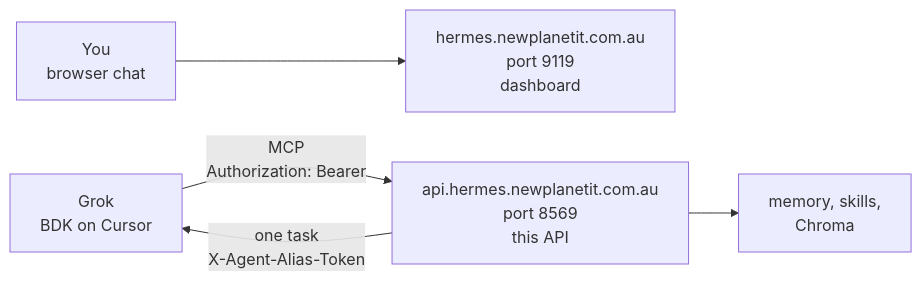
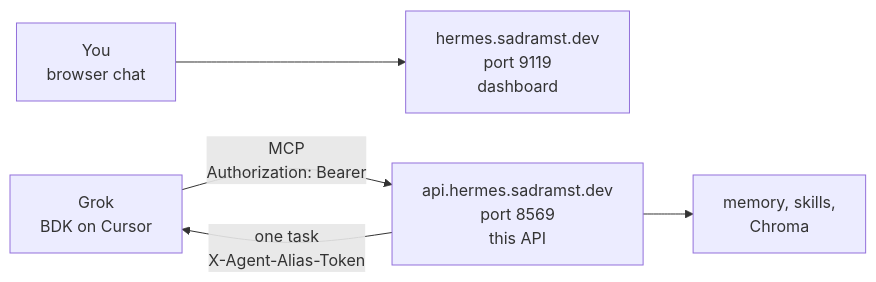
One commit to Sadramst/hermes-agent changed the diagram in docs/architecture/grok-hermes.md. Above: the diagram before and after it, drawn with Mermaid. The commit also changed other lines of this file and 17 other files, not shown here.

````diff
--- a/docs/architecture/grok-hermes.md
+++ b/docs/architecture/grok-hermes.md
@@ -7,12 +7,12 @@
 ```mermaid
 flowchart LR
   person["You\nbrowser chat"]
-  dash["hermes.newplanetit.com.au\nport 9119\ndashboard"]
+  dash["hermes.sadramst.dev\nport 9119\ndashboard"]
   grok["Grok\nBDK on Cursor"]
-  api["api.hermes.newplanetit.com.au\nport 8569\nthis API"]
+  api["api.hermes.sadramst.dev\nport 8569\nthis API"]
   world["memory, skills,\nChroma"]
   person --> dash
   grok -->|"MCP\nAuthorization: Bearer"| api
   api -->|"one task\nX-Agent-Alias-Token"| grok
   api --> world
 ```
````
